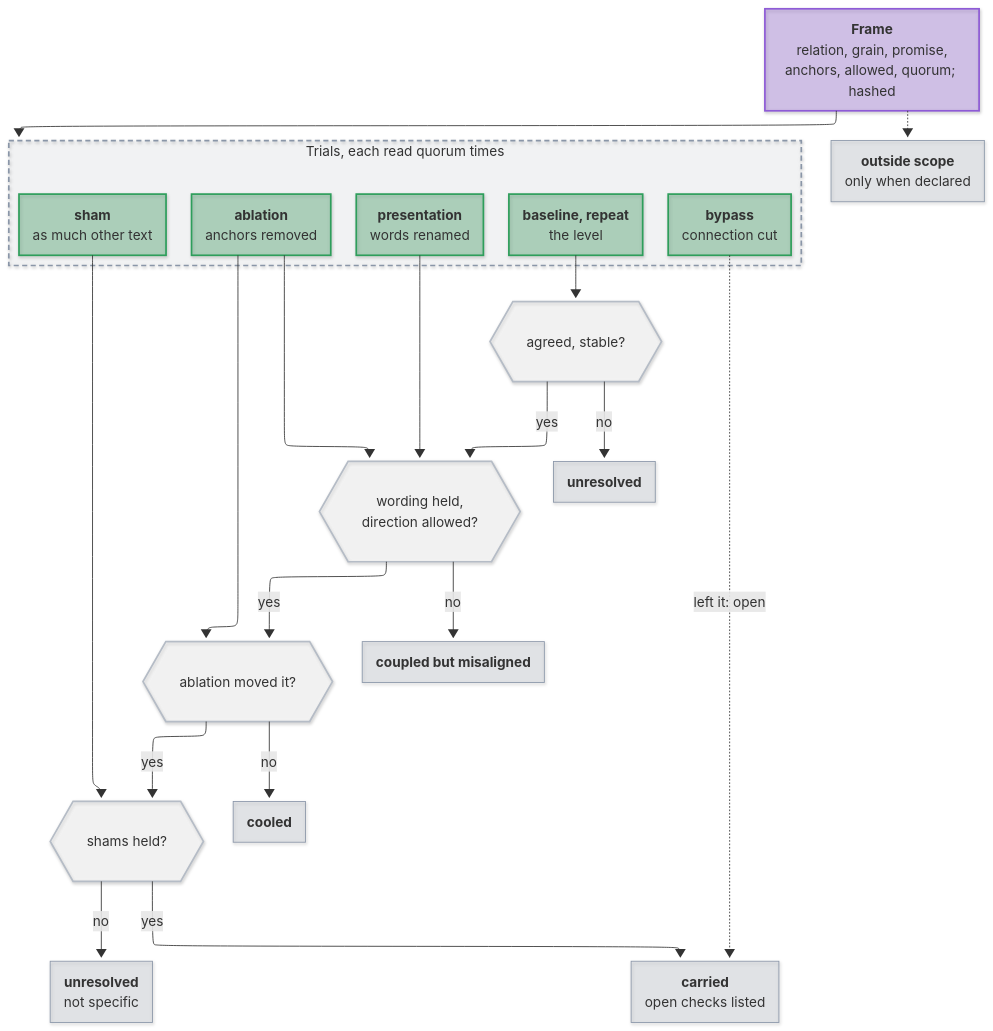
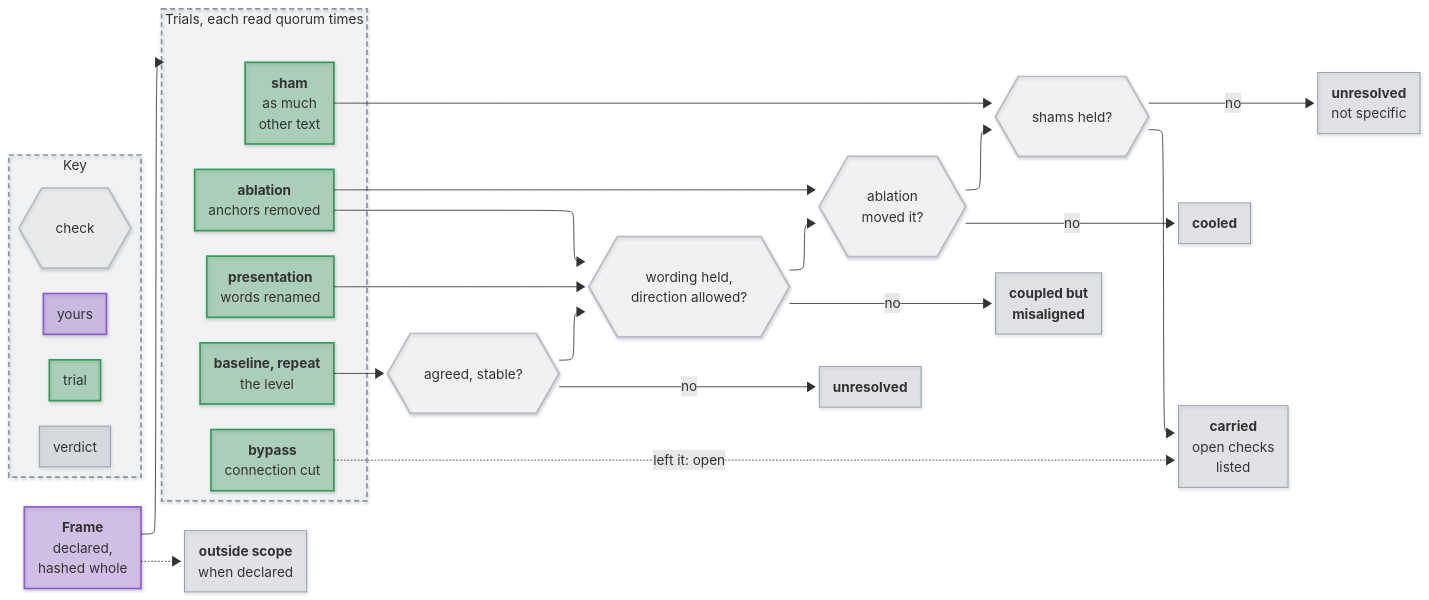
The diagram in README.md (mirzahusadzic/gadfly), drawn with Mermaid before and after one commit. The commit also changed other lines of this file and 5 other files, not shown here.

First line of the commit message:
docs: one chart in the README, a key in every chart, architecture on its own page

````diff
--- a/README.md
+++ b/README.md
@@ -127,25 +64,31 @@
         -1px -1px var(--halo), 1px -1px var(--halo), -1px 1px var(--halo),
         0 0 3px var(--halo), 0 0 4px var(--halo); }
 ---
-flowchart TB
-    FR["<b>Frame</b><br/>relation, grain, promise,<br/>anchors, allowed, quorum; hashed"]
+flowchart LR
+    FR["<b>Frame</b><br/>declared,<br/>hashed whole"]
     subgraph T["Trials, each read quorum times"]
         BR["<b>baseline, repeat</b><br/>the level"]
         PS["<b>presentation</b><br/>words renamed"]
         AB["<b>ablation</b><br/>anchors removed"]
-        SH["<b>sham</b><br/>as much other text"]
+        SH["<b>sham</b><br/>as much<br/>other text"]
         BY["<b>bypass</b><br/>connection cut"]
     end
     Q1{{"agreed, stable?"}}
     Q2{{"wording held,<br/>direction allowed?"}}
-    Q3{{"ablation moved it?"}}
+    Q3{{"ablation<br/>moved it?"}}
     Q4{{"shams held?"}}
     R1["<b>unresolved</b>"]
-    R2["<b>coupled but misaligned</b>"]
+    R2["<b>coupled but<br/>misaligned</b>"]
     R3["<b>cooled</b>"]
     R4["<b>unresolved</b><br/>not specific"]
-    R5["<b>carried</b><br/>open checks listed"]
-    OS["<b>outside scope</b><br/>only when declared"]
+    R5["<b>carried</b><br/>open checks<br/>listed"]
+    OS["<b>outside scope</b><br/>when declared"]
+    subgraph K["Key"]
+        K1["yours"]
+        K2["trial"]
+        K3{{"check"}}
+        K4["verdict"]
+    end
 
     FR --> T
     FR -.-> OS
@@ -154,7 +97,7 @@
     AB --> Q2
     AB --> Q3
     SH --> Q4
-    Q1 -->|"yes"| Q2 -->|"yes"| Q3 -->|"yes"| Q4 -->|"yes"| R5
+    Q1 --> Q2 --> Q3 --> Q4 --> R5
     Q1 -->|"no"| R1
     Q2 -->|"no"| R2
     Q3 -->|"no"| R3
@@ -172,5 +115,9 @@
     class BR,AB,SH,PS,BY engine
     class Q1,Q2,Q3,Q4 interface
     class R1,R2,R3,R4,R5,OS default
-    class T group
+    class T,K group
+    class K1 person
+    class K2 engine
+    class K3 interface
+    class K4 default
 ```
````
